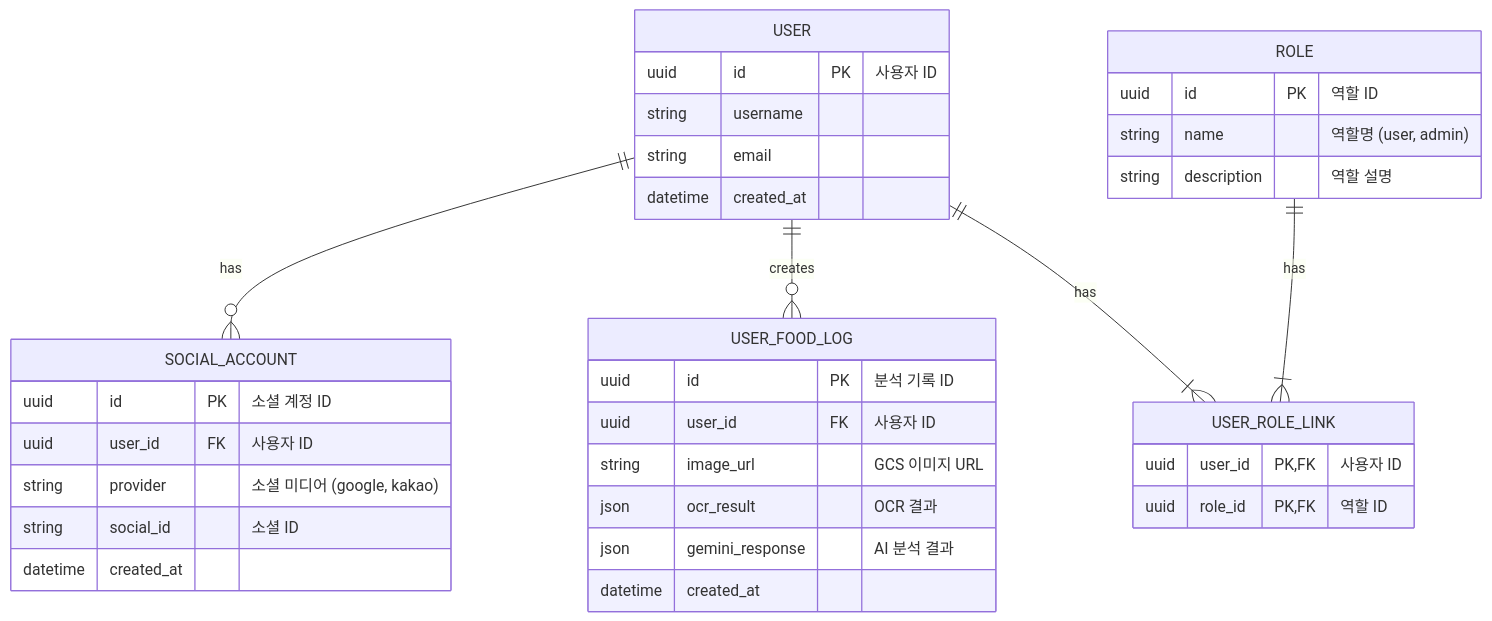
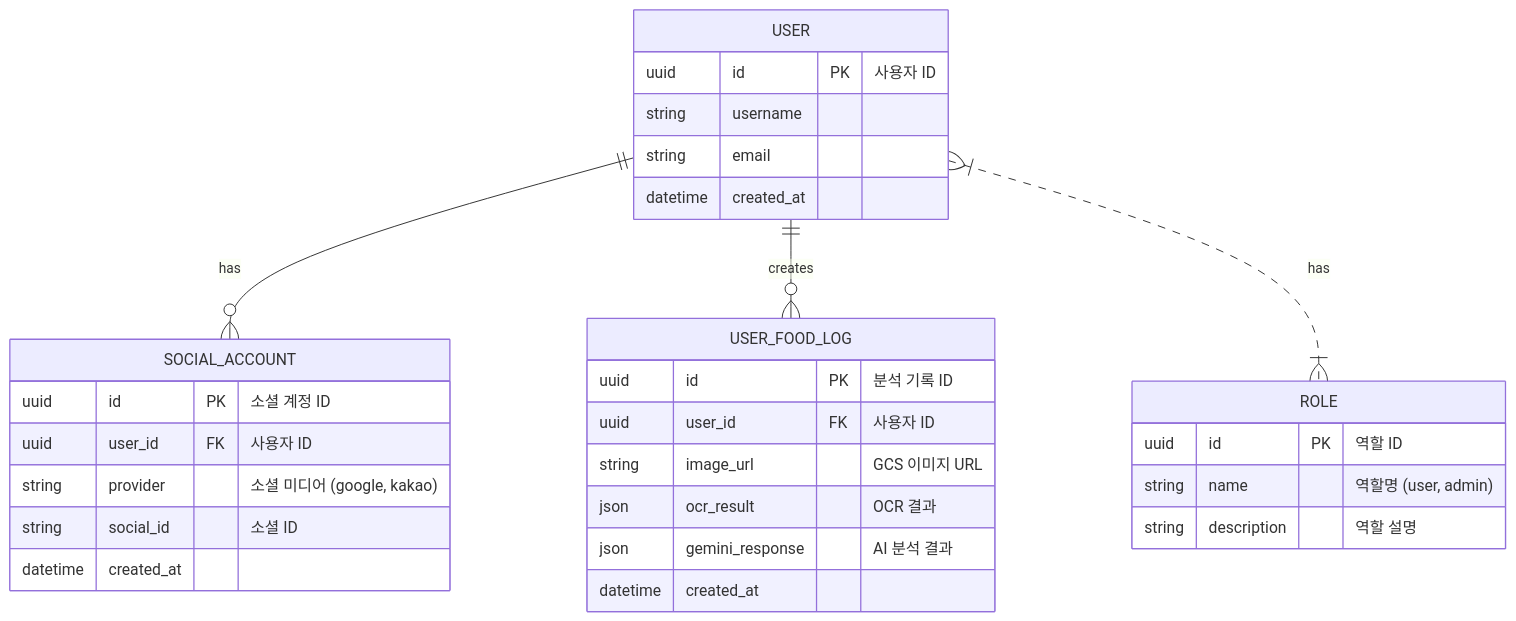
The second of 3 diagrams in README.md (jjjjunn/can_i_eat), drawn with Mermaid before and after one commit. The commit also changed other lines of this file, not shown here.

````diff
--- a/README.md
+++ b/README.md
@@ -66,42 +76,36 @@
 ```mermaid
 erDiagram
     USER ||--o{ SOCIAL_ACCOUNT : "has"
     USER ||--o{ USER_FOOD_LOG : "creates"
-    USER ||--|{ USER_ROLE_LINK : "has"
-    ROLE ||--|{ USER_ROLE_LINK : "has"
+    USER }|..|{ ROLE : "has"
 
     USER {
         uuid id PK "사용자 ID"
         string username
         string email
         datetime created_at
     }
 
     SOCIAL_ACCOUNT {
         uuid id PK "소셜 계정 ID"
         uuid user_id FK "사용자 ID"
         string provider "소셜 미디어 (google, kakao)"
         string social_id "소셜 ID"
         datetime created_at
     }
 
     USER_FOOD_LOG {
         uuid id PK "분석 기록 ID"
         uuid user_id FK "사용자 ID"
         string image_url "GCS 이미지 URL"
         json ocr_result "OCR 결과"
         json gemini_response "AI 분석 결과"
         datetime created_at
     }
 
     ROLE {
         uuid id PK "역할 ID"
         string name "역할명 (user, admin)"
         string description "역할 설명"
     }
-
-    USER_ROLE_LINK {
-        uuid user_id PK, FK "사용자 ID"
-        uuid role_id PK, FK "역할 ID"
-    }
 ```
````
